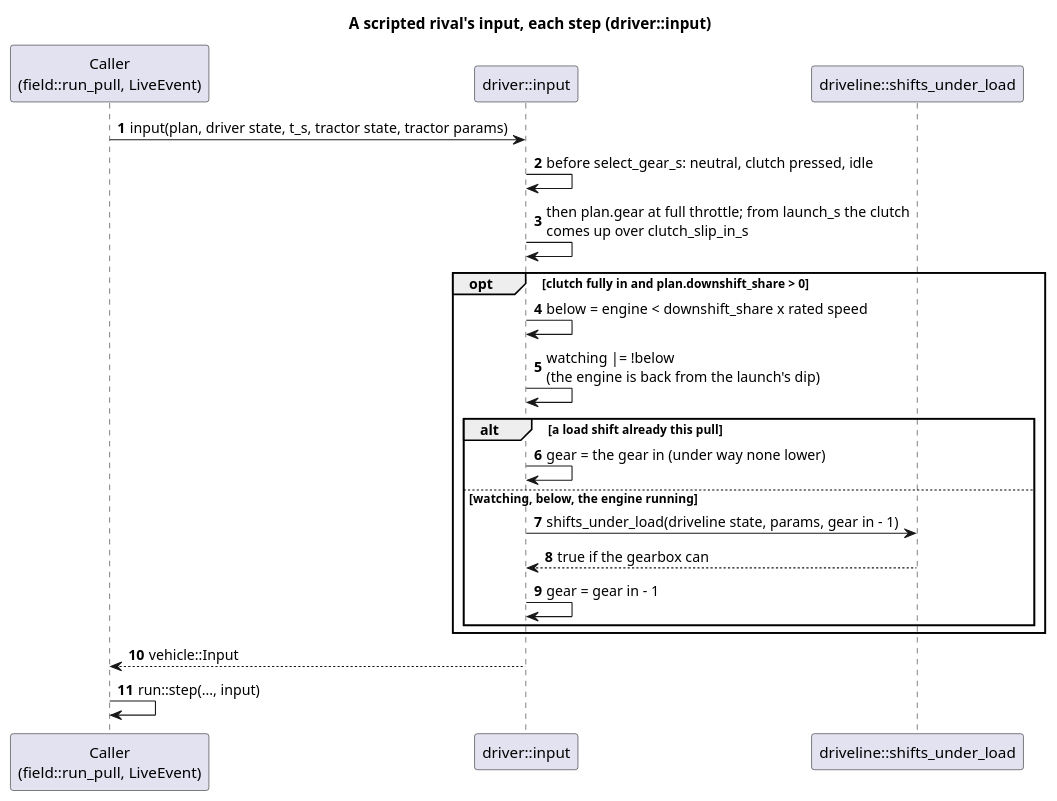
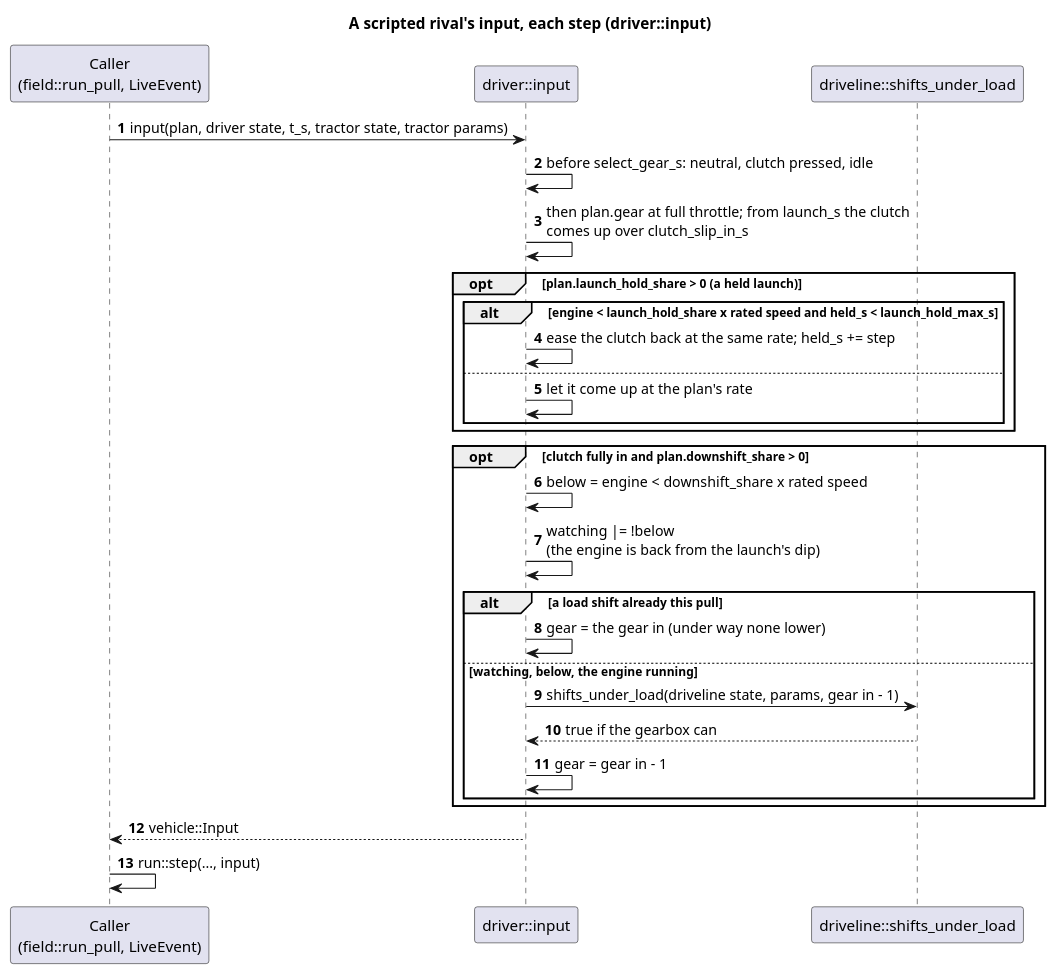
Before and after one commit to wversteeg/TractorPulling: the diagram in docs/diagrams/driver_input_sequence.puml, drawn with PlantUML. The commit also changed 33 other files, not shown here.

```diff
--- a/docs/diagrams/driver_input_sequence.puml
+++ b/docs/diagrams/driver_input_sequence.puml
@@ -1,24 +1,31 @@
 @startuml driver_input_sequence
 title A scripted rival's input, each step (driver::input)
 autonumber
 participant "Caller\n(field::run_pull, LiveEvent)" as Caller
 participant "driver::input" as Driver
 participant "driveline::shifts_under_load" as Load
 
 Caller -> Driver : input(plan, driver state, t_s, tractor state, tractor params)
 Driver -> Driver : before select_gear_s: neutral, clutch pressed, idle
 Driver -> Driver : then plan.gear at full throttle; from launch_s the clutch\ncomes up over clutch_slip_in_s
+opt plan.launch_hold_share > 0 (a held launch)
+  alt engine < launch_hold_share x rated speed and held_s < launch_hold_max_s
+    Driver -> Driver : ease the clutch back at the same rate; held_s += step
+  else
+    Driver -> Driver : let it come up at the plan's rate
+  end
+end
 opt clutch fully in and plan.downshift_share > 0
   Driver -> Driver : below = engine < downshift_share x rated speed
   Driver -> Driver : watching |= !below\n(the engine is back from the launch's dip)
   alt a load shift already this pull
     Driver -> Driver : gear = the gear in (under way none lower)
   else watching, below, the engine running
     Driver -> Load : shifts_under_load(driveline state, params, gear in - 1)
     Load --> Driver : true if the gearbox can
     Driver -> Driver : gear = gear in - 1
   end
 end
 Driver --> Caller : vehicle::Input
 Caller -> Caller : run::step(..., input)
 @enduml
```
